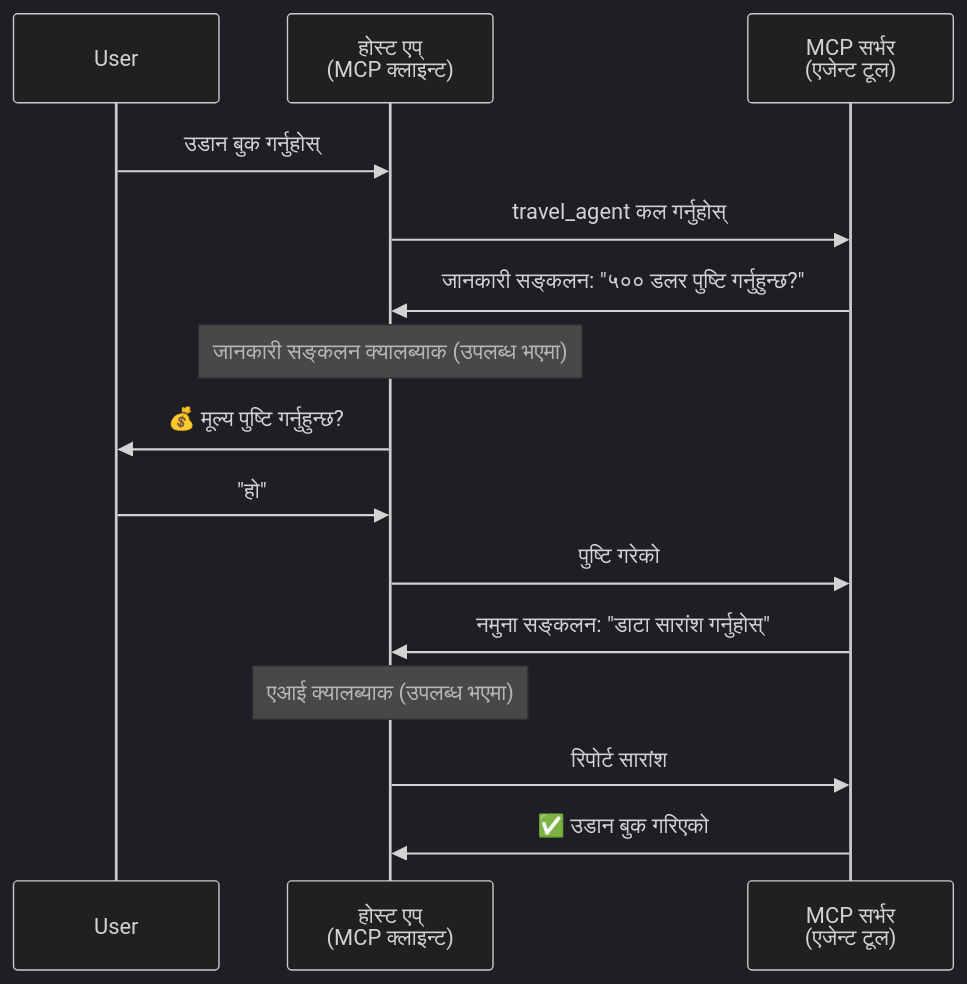
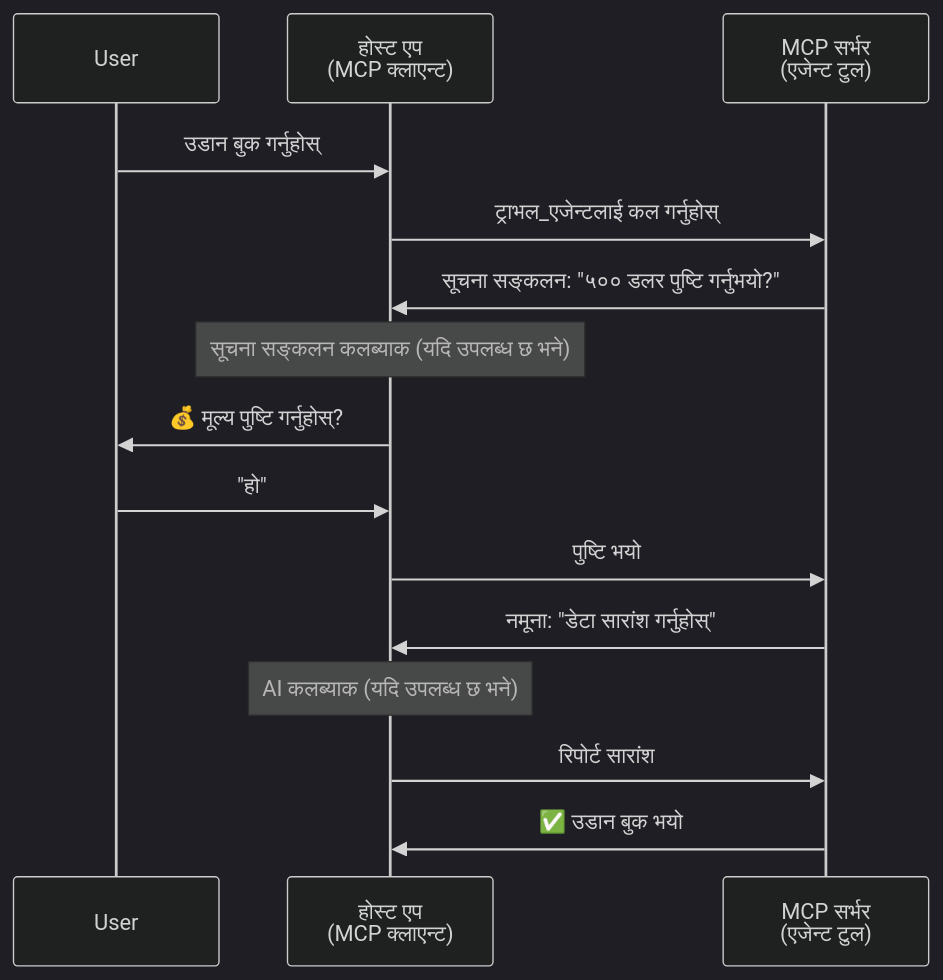
Before and after one commit to gabrielmoreira/agent-skills-mirror: the fourth of 5 diagrams in mirrors/repos/microsoft@ai-agents-for-beginners/translations/ne/11-agentic-protocols/code_samples/mcp-agents/README.md, drawn with Mermaid (dark theme). The commit also changed other lines of this file and 4262 other files, not shown here.

````diff
--- a/mirrors/repos/microsoft@ai-agents-for-beginners/translations/ne/11-agentic-protocols/code_samples/mcp-agents/README.md
+++ b/mirrors/repos/microsoft@ai-agents-for-beginners/translations/ne/11-agentic-protocols/code_samples/mcp-agents/README.md
@@ -163,21 +163,21 @@
 ```mermaid
 sequenceDiagram
     participant User
-    participant Host as होस्ट एप्<br/>(MCP क्लाइन्ट)
-    participant Server as MCP सर्भर<br/>(एजेन्ट टूल)
+    participant Host as होस्ट एप<br/>(MCP क्लाएन्ट)
+    participant Server as MCP सर्भर<br/>(एजेन्ट टुल)
 
     User->>Host: उडान बुक गर्नुहोस्
-    Host->>Server: travel_agent कल गर्नुहोस्
+    Host->>Server: ट्राभल_एजेन्टलाई कल गर्नुहोस्
 
-    Server->>Host: जानकारी सङ्कलन: "५०० डलर पुष्टि गर्नुहुन्छ?"
-    Note over Host: जानकारी सङ्कलन क्यालब्याक (उपलब्ध भएमा)
-    Host->>User: 💰 मूल्य पुष्टि गर्नुहुन्छ?
+    Server->>Host: सूचना सङ्कलन: "५०० डलर पुष्टि गर्नुभयो?"
+    Note over Host: सूचना सङ्कलन कलब्याक (यदि उपलब्ध छ भने)
+    Host->>User: 💰 मूल्य पुष्टि गर्नुहोस्?
     User->>Host: "हो"
-    Host->>Server: पुष्टि गरेको
+    Host->>Server: पुष्टि भयो
 
-    Server->>Host: नमुना सङ्कलन: "डाटा सारांश गर्नुहोस्"
-    Note over Host: एआई क्यालब्याक (उपलब्ध भएमा)
+    Server->>Host: नमूना: "डेटा सारांश गर्नुहोस्"
+    Note over Host: AI कलब्याक (यदि उपलब्ध छ भने)
     Host->>Server: रिपोर्ट सारांश
 
-    Server->>Host: ✅ उडान बुक गरिएको
+    Server->>Host: ✅ उडान बुक भयो
 ```
````
